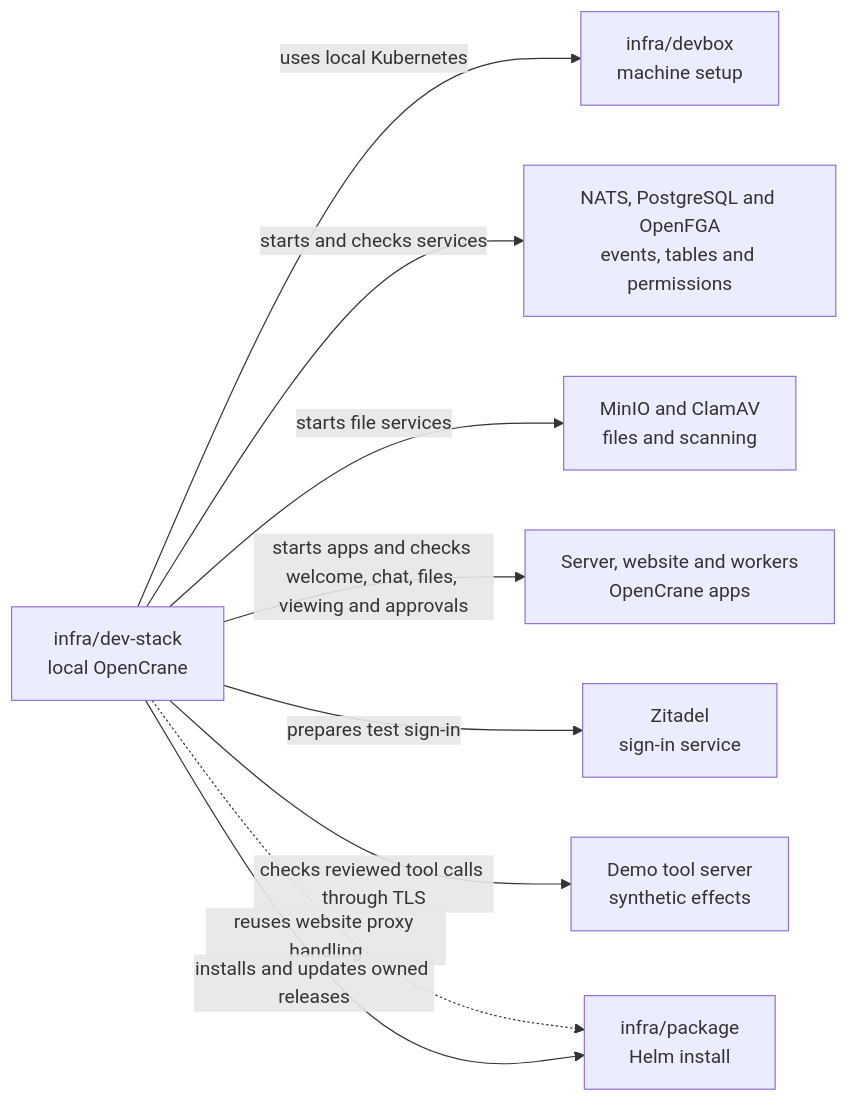
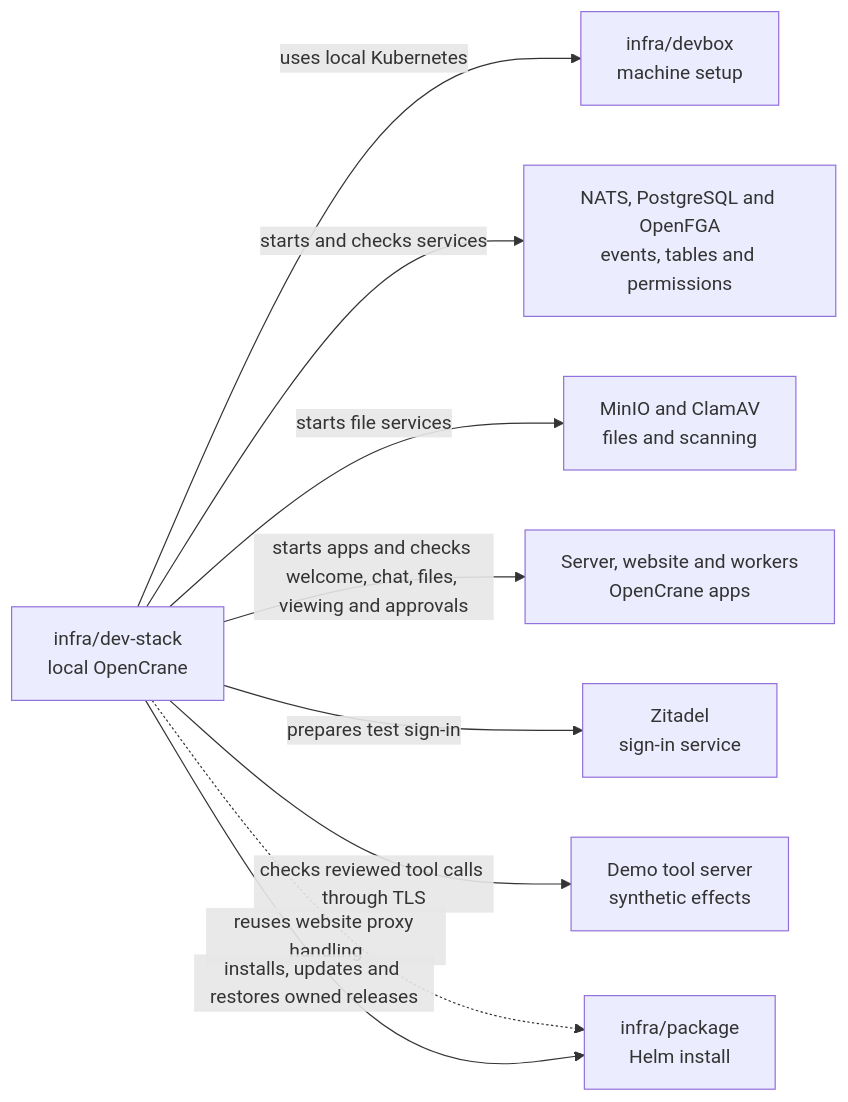
The diagram in infra/dev-stack/README.md (elewa-git/opencrane-new), drawn with Mermaid before and after one commit. The commit also changed other lines of this file and 27 other files, not shown here.

````diff
--- a/infra/dev-stack/README.md
+++ b/infra/dev-stack/README.md
@@ -23,11 +23,11 @@
 ```mermaid
 flowchart LR
   stack["infra/dev-stack<br/>local OpenCrane"] -->|uses local Kubernetes| devbox["infra/devbox<br/>machine setup"]
   stack -->|starts and checks services| services["NATS, PostgreSQL and OpenFGA<br/>events, tables and permissions"]
   stack -->|starts file services| files["MinIO and ClamAV<br/>files and scanning"]
   stack -->|starts apps and checks welcome, chat, files, viewing and approvals| apps["Server, website and workers<br/>OpenCrane apps"]
   stack -->|prepares test sign-in| zitadel["Zitadel<br/>sign-in service"]
   stack -->|checks reviewed tool calls through TLS| demo["Demo tool server<br/>synthetic effects"]
   stack -.->|reuses website proxy handling| package
-  stack -->|installs and updates owned releases| package["infra/package<br/>Helm install"]
+  stack -->|installs, updates and restores owned releases| package["infra/package<br/>Helm install"]
 ```
````
